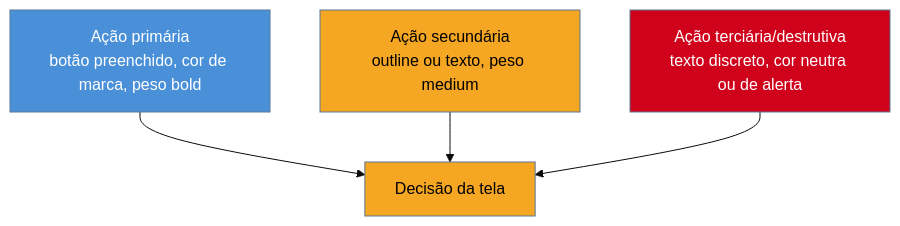
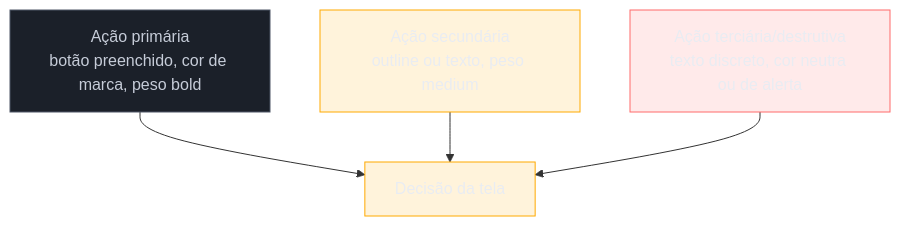
One commit to josenaldo/codex-technomanticus changed the diagram in 03-Dominios/Engenharia/UX/Linguagem Visual e Design System/26 - Hierarquia visual.md. Above: the diagram before and after it, drawn with Mermaid. The commit also changed 1181 other files, not shown here.

First line of the commit message:
fix(diagramas): paleta do sistema no lugar de cor cravada no markdown

````diff
--- a/03-Dominios/Engenharia/UX/Linguagem Visual e Design System/26 - Hierarquia visual.md
+++ b/03-Dominios/Engenharia/UX/Linguagem Visual e Design System/26 - Hierarquia visual.md
@@ -34,11 +34,13 @@
 ```mermaid
-%%{init: {"theme": "base", "themeVariables": {"primaryColor": "#4A90D9"}}}%%
 graph TD
+    classDef neutro fill:#1B2029,stroke:#4E5666,color:#C6CCD8
+    classDef destaque fill:#FFAA0024,stroke:#FFAA00,color:#E9ECF2
+    classDef falha fill:#FF6B6B24,stroke:#FF6B6B,color:#E9ECF2
     A["Ação primária<br/>botão preenchido, cor de marca, peso bold"] --> D["Decisão da tela"]
     B["Ação secundária<br/>outline ou texto, peso medium"] --> D
     C["Ação terciária/destrutiva<br/>texto discreto, cor neutra ou de alerta"] --> D
-    style A fill:#4A90D9,color:#fff
-    style B fill:#F5A623,color:#000
-    style C fill:#D0021B,color:#fff
-    style D fill:#F5A623,color:#000
+    class A neutro
+    class B destaque
+    class C falha
+    class D destaque
 ```
````
